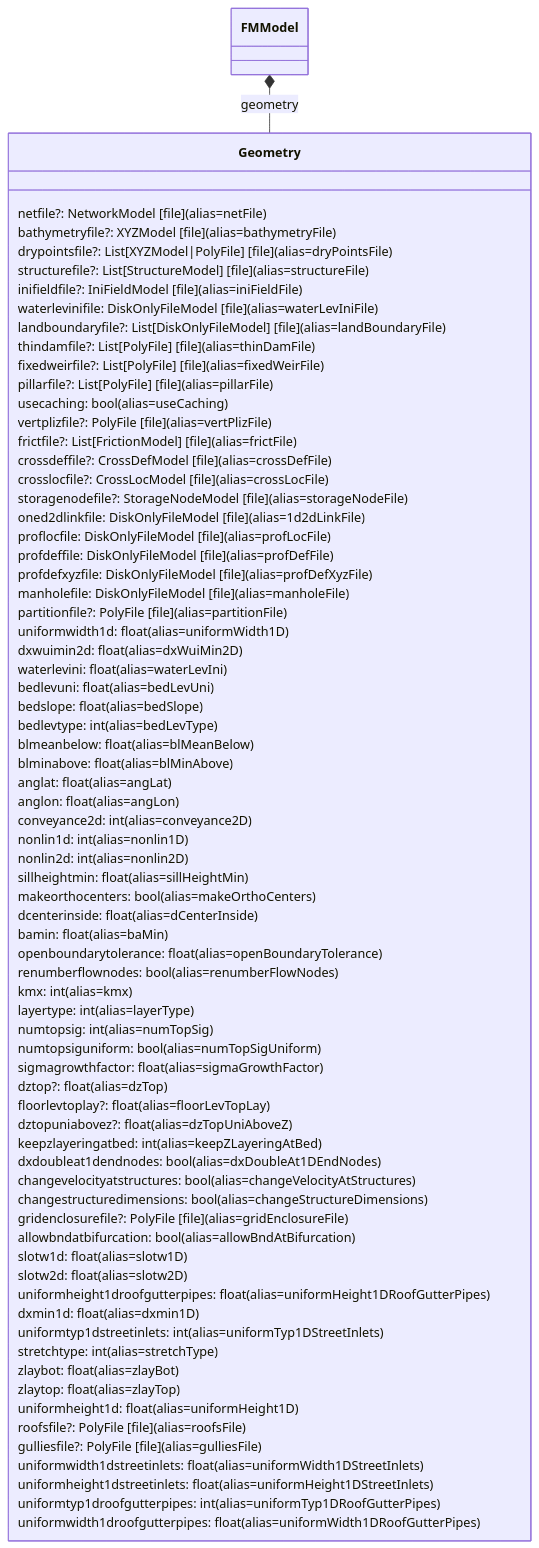
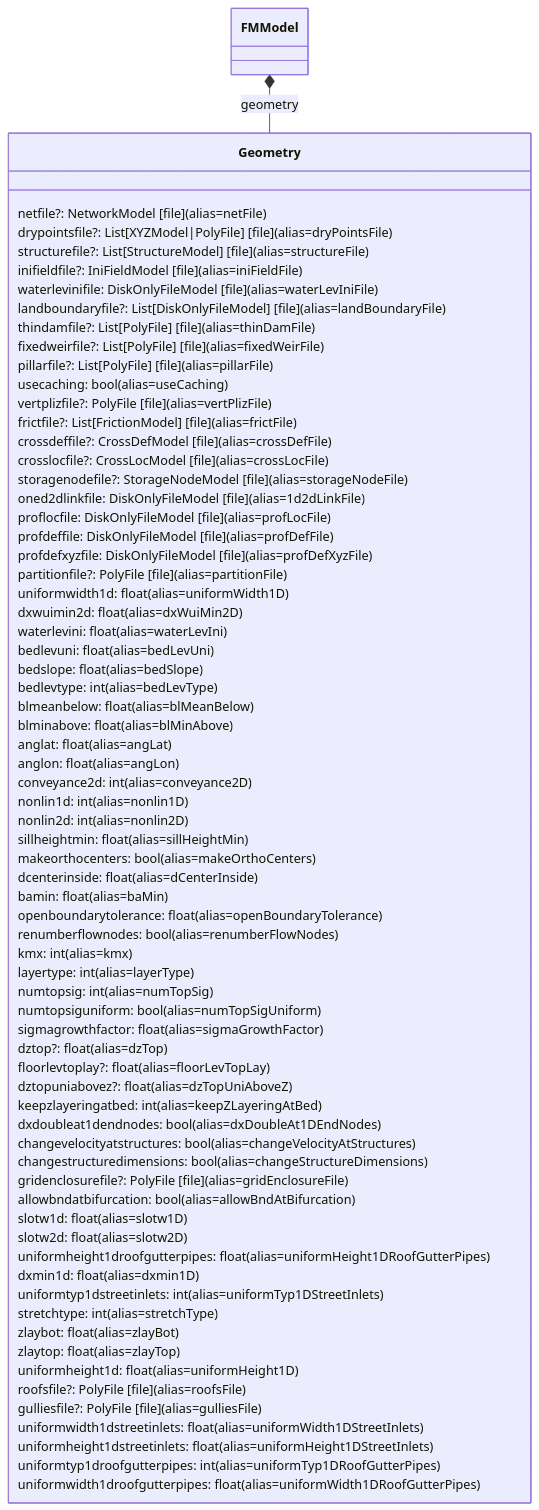
One commit to Deltares/HYDROLIB-core changed the second of 8 diagrams in docs/reference/dflowfm/mdu/fm-model-attributes-detailed.md. Above: the diagram before and after it, drawn with Mermaid. The commit also changed other lines of this file and 40 other files, not shown here.

````diff
--- a/docs/reference/dflowfm/mdu/fm-model-attributes-detailed.md
+++ b/docs/reference/dflowfm/mdu/fm-model-attributes-detailed.md
@@ -129,81 +129,79 @@
 ```mermaid
 classDiagram
     direction TB
 
     class Geometry {
       netfile?: NetworkModel [file] (alias=netFile)
-      bathymetryfile?: XYZModel [file] (alias=bathymetryFile)
       drypointsfile?: List[XYZModel|PolyFile] [file] (alias=dryPointsFile)
       structurefile?: List[StructureModel] [file] (alias=structureFile)
       inifieldfile?: IniFieldModel [file] (alias=iniFieldFile)
       waterlevinifile: DiskOnlyFileModel [file] (alias=waterLevIniFile)
       landboundaryfile?: List[DiskOnlyFileModel] [file] (alias=landBoundaryFile)
       thindamfile?: List[PolyFile] [file] (alias=thinDamFile)
       fixedweirfile?: List[PolyFile] [file] (alias=fixedWeirFile)
       pillarfile?: List[PolyFile] [file] (alias=pillarFile)
       usecaching: bool (alias=useCaching)
       vertplizfile?: PolyFile [file] (alias=vertPlizFile)
       frictfile?: List[FrictionModel] [file] (alias=frictFile)
       crossdeffile?: CrossDefModel [file] (alias=crossDefFile)
       crosslocfile?: CrossLocModel [file] (alias=crossLocFile)
       storagenodefile?: StorageNodeModel [file] (alias=storageNodeFile)
       oned2dlinkfile: DiskOnlyFileModel [file] (alias=1d2dLinkFile)
       proflocfile: DiskOnlyFileModel [file] (alias=profLocFile)
       profdeffile: DiskOnlyFileModel [file] (alias=profDefFile)
       profdefxyzfile: DiskOnlyFileModel [file] (alias=profDefXyzFile)
-      manholefile: DiskOnlyFileModel [file] (alias=manholeFile)
       partitionfile?: PolyFile [file] (alias=partitionFile)
       uniformwidth1d: float (alias=uniformWidth1D)
       dxwuimin2d: float (alias=dxWuiMin2D)
       waterlevini: float (alias=waterLevIni)
       bedlevuni: float (alias=bedLevUni)
       bedslope: float (alias=bedSlope)
       bedlevtype: int (alias=bedLevType)
       blmeanbelow: float (alias=blMeanBelow)
       blminabove: float (alias=blMinAbove)
       anglat: float (alias=angLat)
       anglon: float (alias=angLon)
       conveyance2d: int (alias=conveyance2D)
       nonlin1d: int (alias=nonlin1D)
       nonlin2d: int (alias=nonlin2D)
       sillheightmin: float (alias=sillHeightMin)
       makeorthocenters: bool (alias=makeOrthoCenters)
       dcenterinside: float (alias=dCenterInside)
       bamin: float (alias=baMin)
       openboundarytolerance: float (alias=openBoundaryTolerance)
       renumberflownodes: bool (alias=renumberFlowNodes)
       kmx: int (alias=kmx)
       layertype: int (alias=layerType)
       numtopsig: int (alias=numTopSig)
       numtopsiguniform: bool (alias=numTopSigUniform)
       sigmagrowthfactor: float (alias=sigmaGrowthFactor)
       dztop?: float (alias=dzTop)
       floorlevtoplay?: float (alias=floorLevTopLay)
       dztopuniabovez?: float (alias=dzTopUniAboveZ)
       keepzlayeringatbed: int (alias=keepZLayeringAtBed)
       dxdoubleat1dendnodes: bool (alias=dxDoubleAt1DEndNodes)
       changevelocityatstructures: bool (alias=changeVelocityAtStructures)
       changestructuredimensions: bool (alias=changeStructureDimensions)
       gridenclosurefile?: PolyFile [file] (alias=gridEnclosureFile)
       allowbndatbifurcation: bool (alias=allowBndAtBifurcation)
       slotw1d: float (alias=slotw1D)
       slotw2d: float (alias=slotw2D)
       uniformheight1droofgutterpipes: float (alias=uniformHeight1DRoofGutterPipes)
       dxmin1d: float (alias=dxmin1D)
       uniformtyp1dstreetinlets: int (alias=uniformTyp1DStreetInlets)
       stretchtype: int (alias=stretchType)
       zlaybot: float (alias=zlayBot)
       zlaytop: float (alias=zlayTop)
       uniformheight1d: float (alias=uniformHeight1D)
       roofsfile?: PolyFile [file] (alias=roofsFile)
       gulliesfile?: PolyFile [file] (alias=gulliesFile)
       uniformwidth1dstreetinlets: float (alias=uniformWidth1DStreetInlets)
       uniformheight1dstreetinlets: float (alias=uniformHeight1DStreetInlets)
       uniformtyp1droofgutterpipes: int (alias=uniformTyp1DRoofGutterPipes)
       uniformwidth1droofgutterpipes: float (alias=uniformWidth1DRoofGutterPipes)
     }
 
     %% Connect to FMModel like in the consolidated overview
     class FMModel
     FMModel *-- Geometry : geometry
 ```
````
